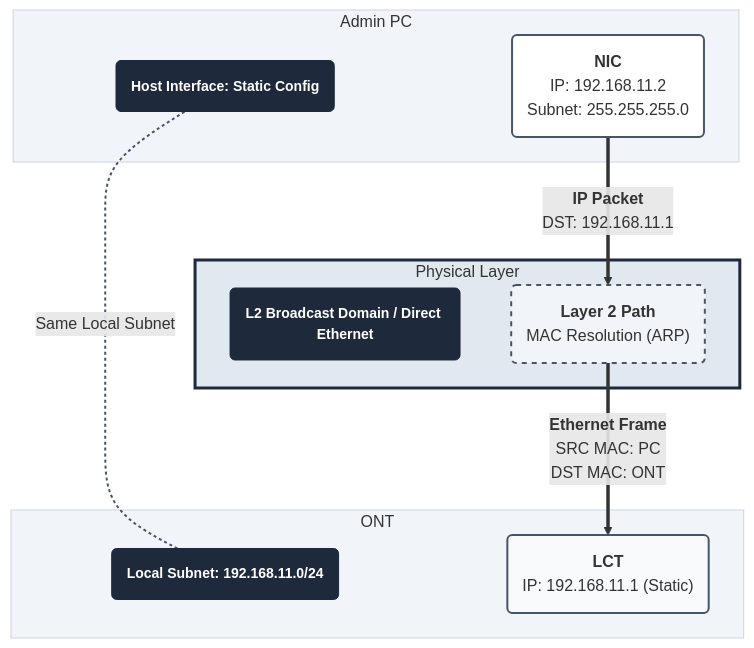
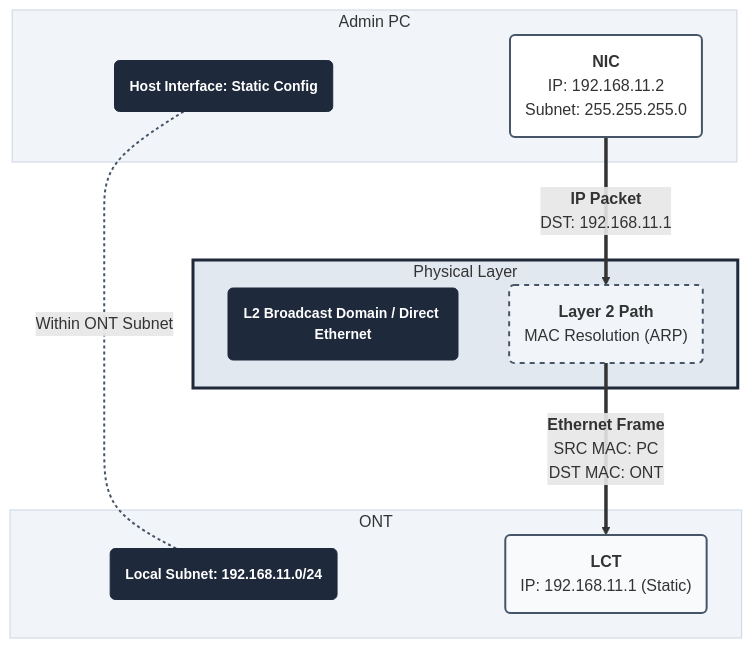
The first of 3 diagrams in docs/posts/accessing-the-ont.md (up-n-atom/8311), drawn with Mermaid before and after one commit. The commit also changed other lines of this file, not shown here.

Commit message:
post 19: adjust mermaid labels

````diff
--- a/docs/posts/accessing-the-ont.md
+++ b/docs/posts/accessing-the-ont.md
@@ -106,36 +106,36 @@
 ``` mermaid
 graph TD
   classDef lanNode fill:#fff,stroke:#475569,stroke-width:2px
   classDef linkNode fill:#f1f5f9,stroke:#475569,stroke-width:2px,stroke-dasharray: 5 5
   classDef titleNode fill:#1e293b,stroke:#1e293b,font-weight:bold,font-size:14px
   classDef ontNode fill:#f8fafc,stroke:#475569,stroke-width:2px
 
   subgraph PC_Group ["Admin PC"]
     PC_Title("<font color=white>Host Interface: Static Config"):::titleNode
     PC("<b>NIC</b><br/>IP: 192.168.11.2<br/>Subnet: 255.255.255.0"):::lanNode
   end
 
   subgraph Link_Group ["Physical Layer"]
     L_Title("<font color=white>L2 Broadcast Domain / Direct Ethernet"):::titleNode
     L2("<b>Layer 2 Path</b><br/>MAC Resolution (ARP)"):::linkNode
   end
 
   subgraph ONT_Group ["ONT"]
     O_Title("<font color=white>Local Subnet: 192.168.11.0/24"):::titleNode
     ONT("<b>LCT</b><br/>IP: 192.168.11.1 (Static)"):::ontNode
   end
 
   PC_Title --- L_Title
   L_Title --- O_Title
-  O_Title ---|Same Local Subnet| PC_Title
+  O_Title ---|Within ONT Subnet| PC_Title
 
   PC ==>|<b>IP Packet</b><br/>DST: 192.168.11.1| L2
   L2 ==>|<b>Ethernet Frame</b><br/>SRC MAC: PC<br/>DST MAC: ONT| ONT
 
   linkStyle 0,1 stroke-width:0px;
   linkStyle 2 stroke:#475569,stroke-width:2px,stroke-dasharray: 3 3;
 
   style PC_Group fill:#f1f5f9,stroke:#cbd5e1,stroke-width:1px
   style Link_Group fill:#e2e8f0,stroke:#1e293b,stroke-width:3px
   style ONT_Group fill:#f1f5f9,stroke:#cbd5e1,stroke-width:1px
 ```
````
